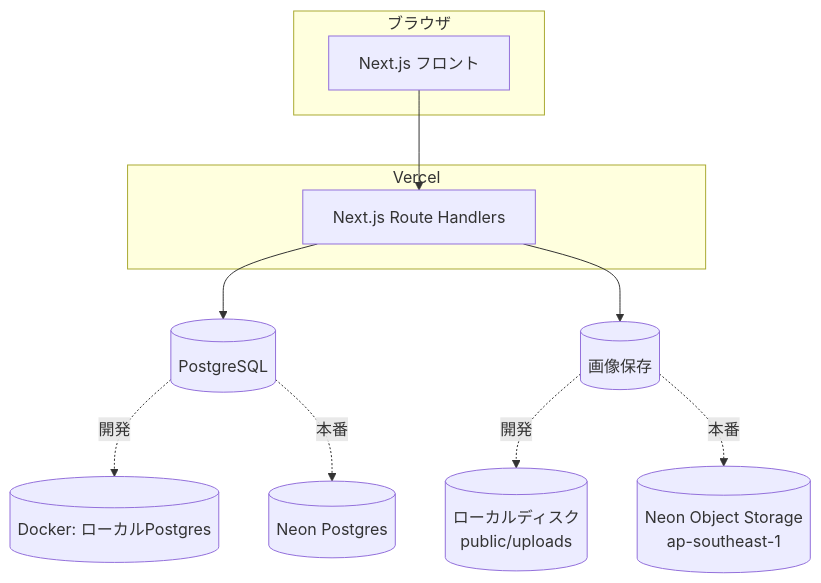
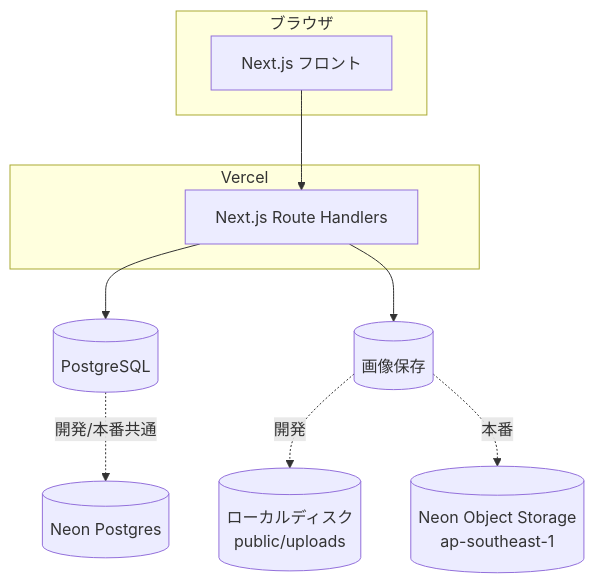
One commit to saitama-Agile2026/team-a changed the first of 3 diagrams in documents/02_tech_spec.md. Above: the diagram before and after it, drawn with Mermaid. The commit also changed other lines of this file, not shown here.

````diff
--- a/documents/02_tech_spec.md
+++ b/documents/02_tech_spec.md
@@ -23,15 +23,14 @@
 ```mermaid
 flowchart TB
     subgraph Client[ブラウザ]
         UI[Next.js フロント]
     end
     subgraph Vercel
         UI --> API[Next.js Route Handlers]
     end
     API --> DB[(PostgreSQL)]
-    DB -.開発.-> DevDB[(Docker: ローカルPostgres)]
-    DB -.本番.-> NeonDB[(Neon Postgres)]
+    DB -.開発/本番共通.-> NeonDB[(Neon Postgres)]
     API --> Obj[(画像保存)]
     Obj -.開発.-> LocalFS[(ローカルディスク\npublic/uploads)]
     Obj -.本番.-> NeonObj[(Neon Object Storage\nap-southeast-1)]
 ```
````
